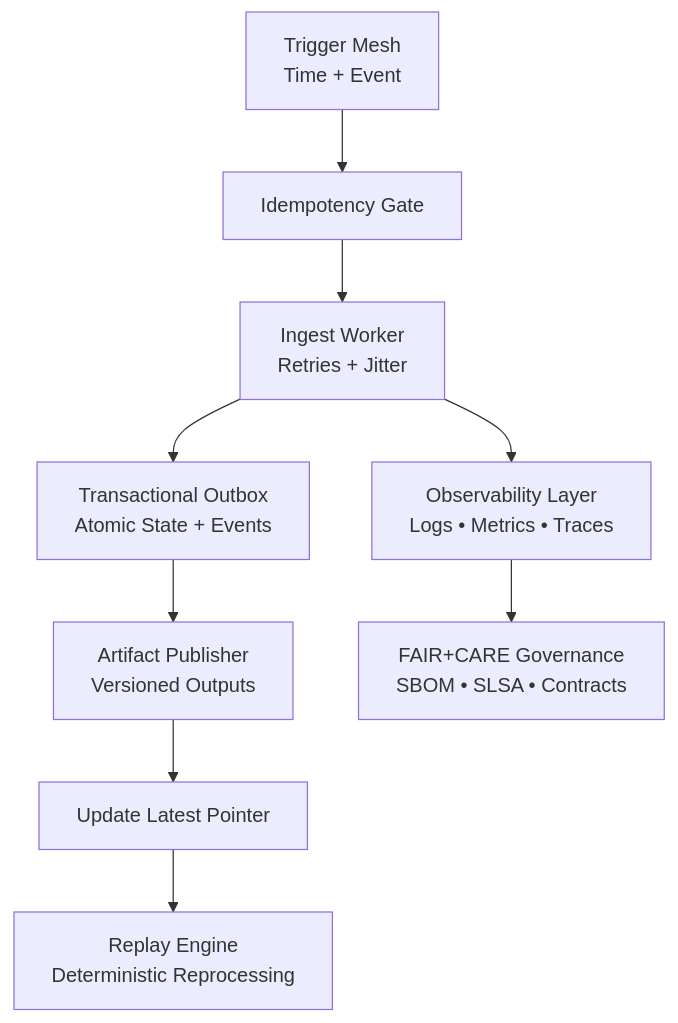
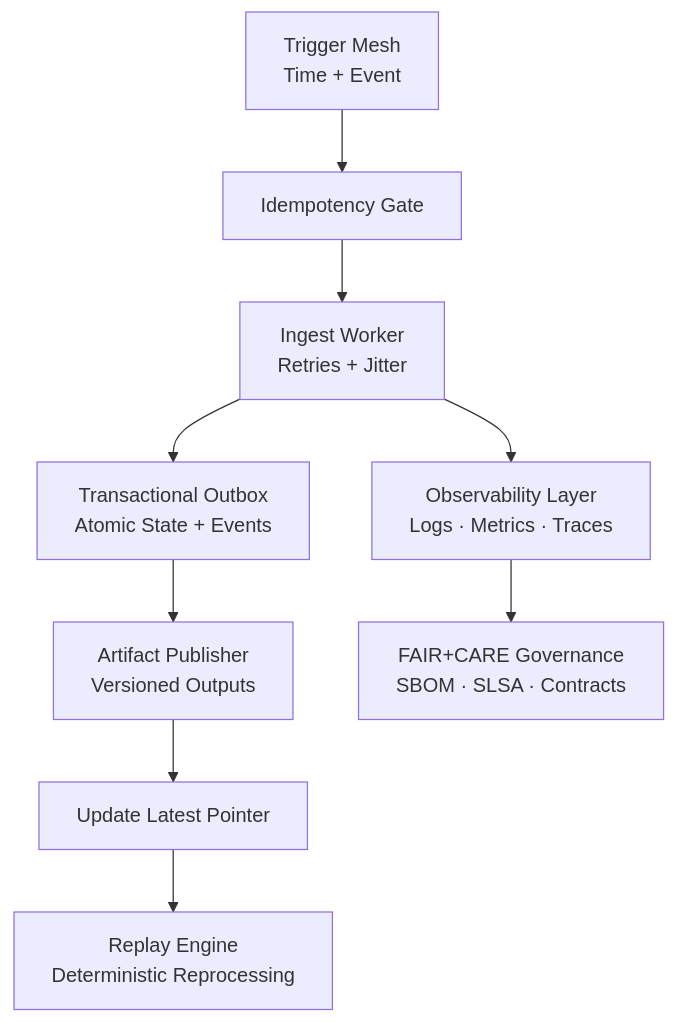
The diagram in src/pipelines/architecture/reliable-pipelines.md (bartytime4life/Kansas-Frontier-Matrix), drawn with Mermaid before and after one commit. The commit also changed other lines of this file, not shown here.

````diff
--- a/src/pipelines/architecture/reliable-pipelines.md
+++ b/src/pipelines/architecture/reliable-pipelines.md
@@ -243,11 +279,11 @@
-```mermaid
+~~~~~mermaid
 flowchart TD
-    A[Trigger Mesh<br/>Time + Event] --> B[Idempotency Gate]
-    B --> C[Ingest Worker<br/>Retries + Jitter]
-    C --> D[Transactional Outbox<br/>Atomic State + Events]
-    D --> E[Artifact Publisher<br/>Versioned Outputs]
-    E --> F[Update Latest Pointer]
-    F --> G[Replay Engine<br/>Deterministic Reprocessing]
-    C --> H[Observability Layer<br/>Logs • Metrics • Traces]
-    H --> I[FAIR+CARE Governance<br/>SBOM • SLSA • Contracts]
-```
+  A["Trigger Mesh<br/>Time + Event"] --> B["Idempotency Gate"]
+  B --> C["Ingest Worker<br/>Retries + Jitter"]
+  C --> D["Transactional Outbox<br/>Atomic State + Events"]
+  D --> E["Artifact Publisher<br/>Versioned Outputs"]
+  E --> F["Update Latest Pointer"]
+  F --> G["Replay Engine<br/>Deterministic Reprocessing"]
+  C --> H["Observability Layer<br/>Logs · Metrics · Traces"]
+  H --> I["FAIR+CARE Governance<br/>SBOM · SLSA · Contracts"]
+~~~~~
````
